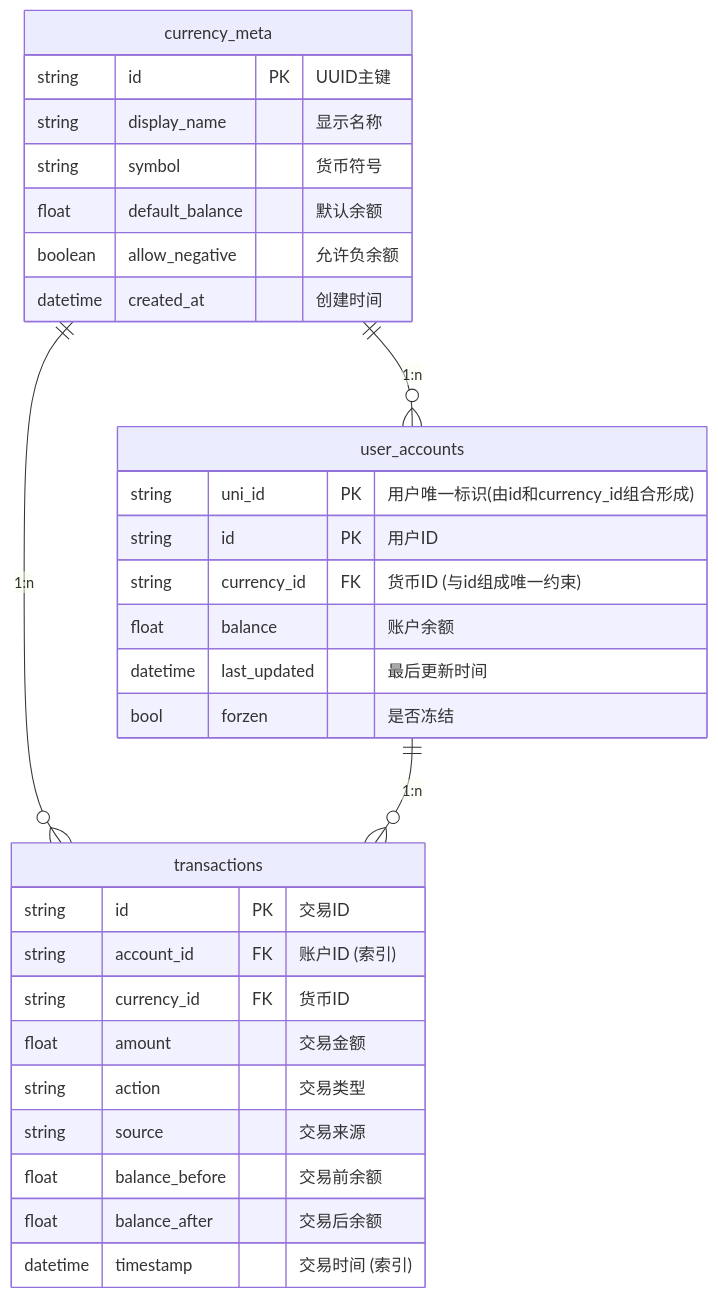
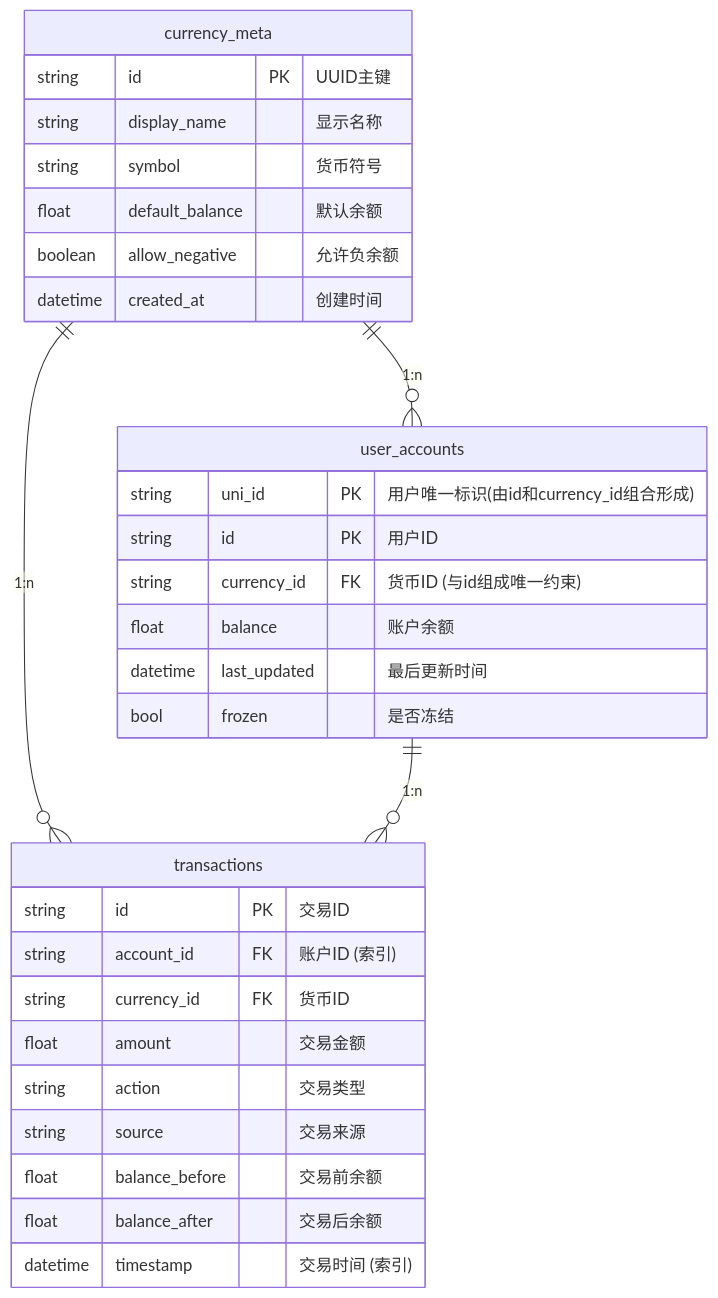
Before and after one commit to LiteSuggarDEV/nonebot_plugin_value: the diagram in docs/api.md, drawn with Mermaid. The commit also changed 2 other files, not shown here.

Commit message:
更正一些错误

````diff
--- a/docs/api.md
+++ b/docs/api.md
@@ -5,36 +5,36 @@
 ```mermaid
 erDiagram
     currency_meta ||--o{ user_accounts : "1:n"
     currency_meta ||--o{ transactions : "1:n"
     user_accounts ||--o{ transactions : "1:n"
 
     currency_meta {
         string id PK "UUID主键"
         string display_name "显示名称"
         string symbol "货币符号"
         float default_balance "默认余额"
         boolean allow_negative "允许负余额"
         datetime created_at "创建时间"
     }
 
     user_accounts {
         string uni_id PK "用户唯一标识(由id和currency_id组合形成)"
         string id PK "用户ID"
         string currency_id FK "货币ID (与id组成唯一约束)"
         float balance "账户余额"
         datetime last_updated "最后更新时间"
-        bool forzen "是否冻结"
+        bool frozen "是否冻结"
     }
 
     transactions {
         string id PK "交易ID"
         string account_id FK "账户ID (索引)"
         string currency_id FK "货币ID"
         float amount "交易金额"
         string action "交易类型"
         string source "交易来源"
         float balance_before "交易前余额"
         float balance_after "交易后余额"
         datetime timestamp "交易时间 (索引)"
     }
 ```
````
